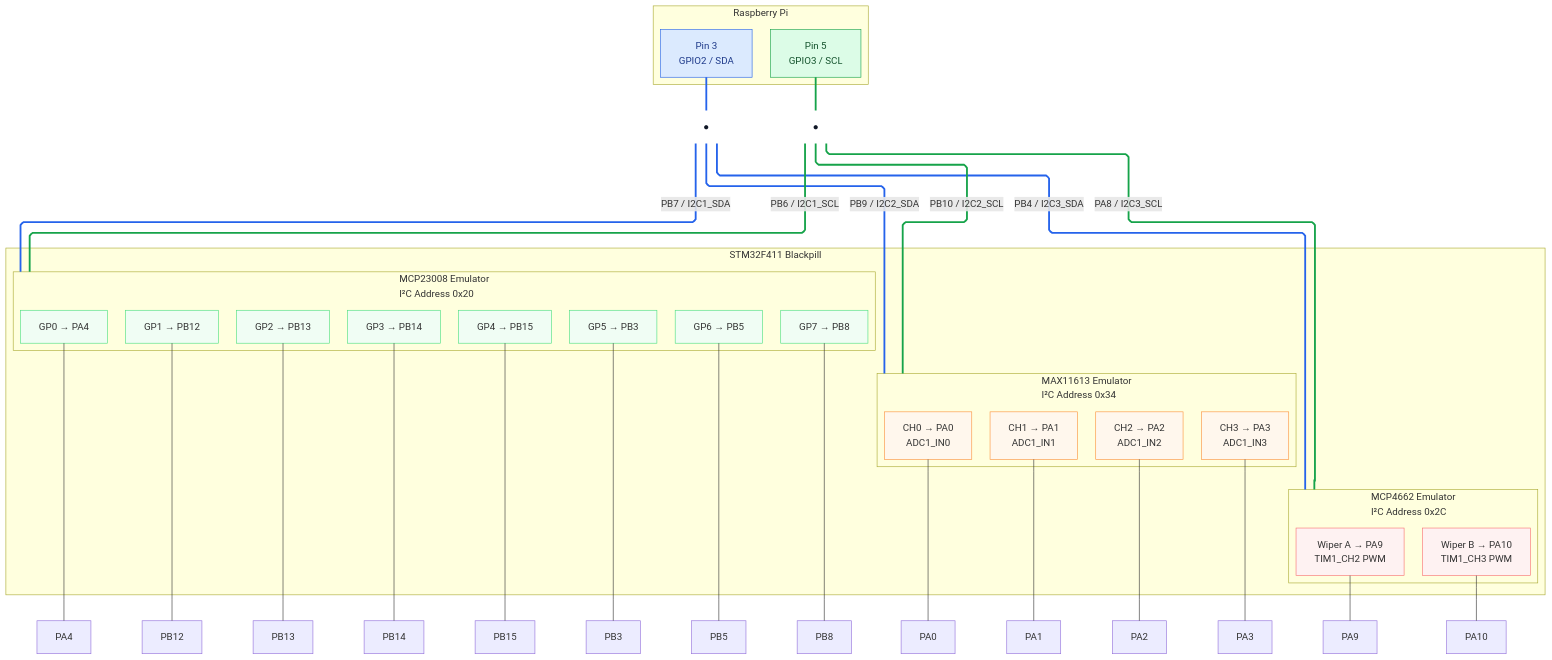
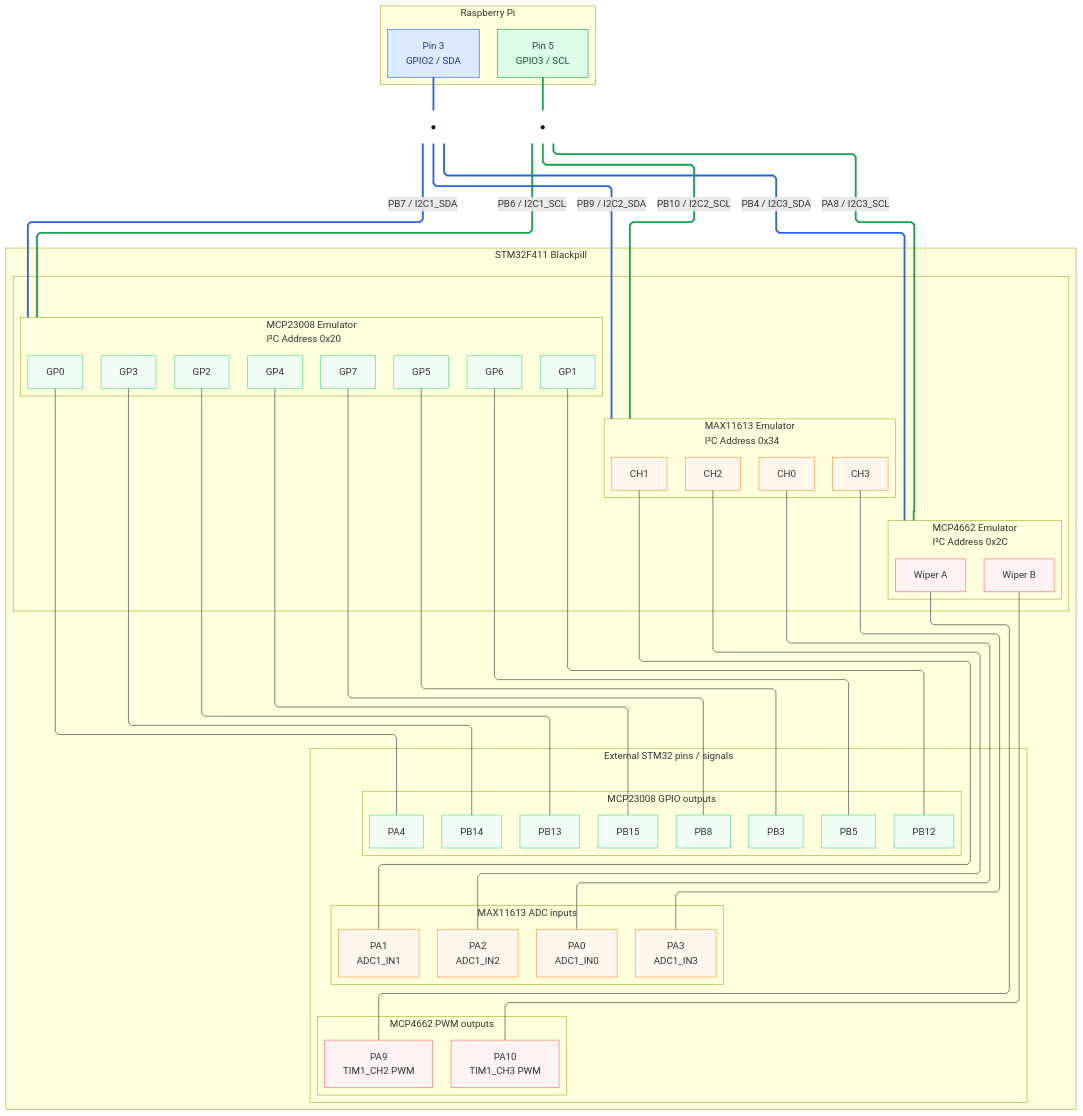
The diagram in diagram.md (SQ5BAR/STM32-Radioberry-I2C-Expansion-Emulator), drawn with Mermaid before and after one commit.

```diff
--- a/diagram.md
+++ b/diagram.md
@@ -11,7 +11,7 @@
     classDef dot stroke:transparent,fill:transparent,color:#111827;
     classDef hidden stroke:transparent,fill:transparent,color:transparent;
 
-    %% Raspberry Pi block - top
+    %% Raspberry Pi block
     subgraph R["Raspberry Pi"]
     direction LR
         P3["Pin 3<br/>GPIO2 / SDA"]:::sda
@@ -22,37 +22,70 @@
     SDA_DOT["●"]:::dot
     SCL_DOT["●"]:::dot
 
-    %% STM32F411 Blackpill block - bottom
+    %% STM32F411 Blackpill block
     subgraph B["STM32F411 Blackpill"]
-    direction LR
+    direction TB
 
-        %% MCP23008
-        subgraph MCP["MCP23008 Emulator<br/>I²C Address 0x20"]
-        direction TB
-            GP0["GP0 → PA4"]:::green
-            GP1["GP1 → PB12"]:::green
-            GP2["GP2 → PB13"]:::green
-            GP3["GP3 → PB14"]:::green
-            GP4["GP4 → PB15"]:::green
-            GP5["GP5 → PB3"]:::green
-            GP6["GP6 → PB5"]:::green
-            GP7["GP7 → PB8"]:::green
+        %% Emulator blocks row
+        subgraph EMU_ROW[" "]
+        direction LR
+
+            subgraph MCP["MCP23008 Emulator<br/>I²C Address 0x20"]
+            direction TB
+                GP0["GP0"]:::green
+                GP1["GP1"]:::green
+                GP2["GP2"]:::green
+                GP3["GP3"]:::green
+                GP4["GP4"]:::green
+                GP5["GP5"]:::green
+                GP6["GP6"]:::green
+                GP7["GP7"]:::green
+            end
+
+            subgraph MAX["MAX11613 Emulator<br/>I²C Address 0x34"]
+            direction TB
+                CH0["CH0"]:::orange
+                CH1["CH1"]:::orange
+                CH2["CH2"]:::orange
+                CH3["CH3"]:::orange
+            end
+
+            subgraph POT["MCP4662 Emulator<br/>I²C Address 0x2C"]
+            direction TB
+                WA["Wiper A"]:::red
+                WB["Wiper B"]:::red
+            end
         end
 
-        %% MAX11613
-        subgraph MAX["MAX11613 Emulator<br/>I²C Address 0x34"]
-        direction TB
-            CH0["CH0 → PA0<br/>ADC1_IN0"]:::orange
-            CH1["CH1 → PA1<br/>ADC1_IN1"]:::orange
-            CH2["CH2 → PA2<br/>ADC1_IN2"]:::orange
-            CH3["CH3 → PA3<br/>ADC1_IN3"]:::orange
-        end
+        %% Output pins row
+        subgraph OUT_ROW["External STM32 pins / signals"]
+        direction LR
 
-        %% MCP4662
-        subgraph POT["MCP4662 Emulator<br/>I²C Address 0x2C"]
-        direction TB
-            WA["Wiper A → PA9<br/>TIM1_CH2 PWM"]:::red
-            WB["Wiper B → PA10<br/>TIM1_CH3 PWM"]:::red
+            subgraph MCP_OUT["MCP23008 GPIO outputs"]
+            direction TB
+                GP0_OUT["PA4"]:::green
+                GP1_OUT["PB12"]:::green
+                GP2_OUT["PB13"]:::green
+                GP3_OUT["PB14"]:::green
+                GP4_OUT["PB15"]:::green
+                GP5_OUT["PB3"]:::green
+                GP6_OUT["PB5"]:::green
+                GP7_OUT["PB8"]:::green
+            end
+
+            subgraph MAX_OUT["MAX11613 ADC inputs"]
+            direction TB
+                CH0_OUT["PA0<br/>ADC1_IN0"]:::orange
+                CH1_OUT["PA1<br/>ADC1_IN1"]:::orange
+                CH2_OUT["PA2<br/>ADC1_IN2"]:::orange
+                CH3_OUT["PA3<br/>ADC1_IN3"]:::orange
+            end
+
+            subgraph POT_OUT["MCP4662 PWM outputs"]
+            direction TB
+                WA_OUT["PA9<br/>TIM1_CH2 PWM"]:::red
+                WB_OUT["PA10<br/>TIM1_CH3 PWM"]:::red
+            end
         end
     end
 
@@ -68,29 +101,31 @@
     SCL_DOT ---|"PB10 / I2C2_SCL"| MAX
     SCL_DOT ---|"PA8 / I2C3_SCL"| POT
 
-    %% Force horizontal order of subblocks inside Blackpill
+    %% MCP23008 outputs below block
+    GP0 --- GP0_OUT
+    GP1 --- GP1_OUT
+    GP2 --- GP2_OUT
+    GP3 --- GP3_OUT
+    GP4 --- GP4_OUT
+    GP5 --- GP5_OUT
+    GP6 --- GP6_OUT
+    GP7 --- GP7_OUT
+
+    %% MAX11613 analog inputs below block
+    CH0 --- CH0_OUT
+    CH1 --- CH1_OUT
+    CH2 --- CH2_OUT
+    CH3 --- CH3_OUT
+
+    %% MCP4662 PWM outputs below block
+    WA --- WA_OUT
+    WB --- WB_OUT
+
+    %% Force horizontal order
     MCP ~~~ MAX
     MAX ~~~ POT
-
-    %% MCP23008 outputs
-    GP0 --- GP0_OUT["PA4"]
-    GP1 --- GP1_OUT["PB12"]
-    GP2 --- GP2_OUT["PB13"]
-    GP3 --- GP3_OUT["PB14"]
-    GP4 --- GP4_OUT["PB15"]
-    GP5 --- GP5_OUT["PB3"]
-    GP6 --- GP6_OUT["PB5"]
-    GP7 --- GP7_OUT["PB8"]
-
-    %% MAX11613 analog inputs
-    CH0 --- CH0_OUT["PA0"]
-    CH1 --- CH1_OUT["PA1"]
-    CH2 --- CH2_OUT["PA2"]
-    CH3 --- CH3_OUT["PA3"]
-
-    %% MCP4662 PWM outputs
-    WA --- WA_OUT["PA9"]
-    WB --- WB_OUT["PA10"]
+    MCP_OUT ~~~ MAX_OUT
+    MAX_OUT ~~~ POT_OUT
 
     %% SDA line color
     linkStyle 0 stroke:#2563eb,stroke-width:3px;
```
